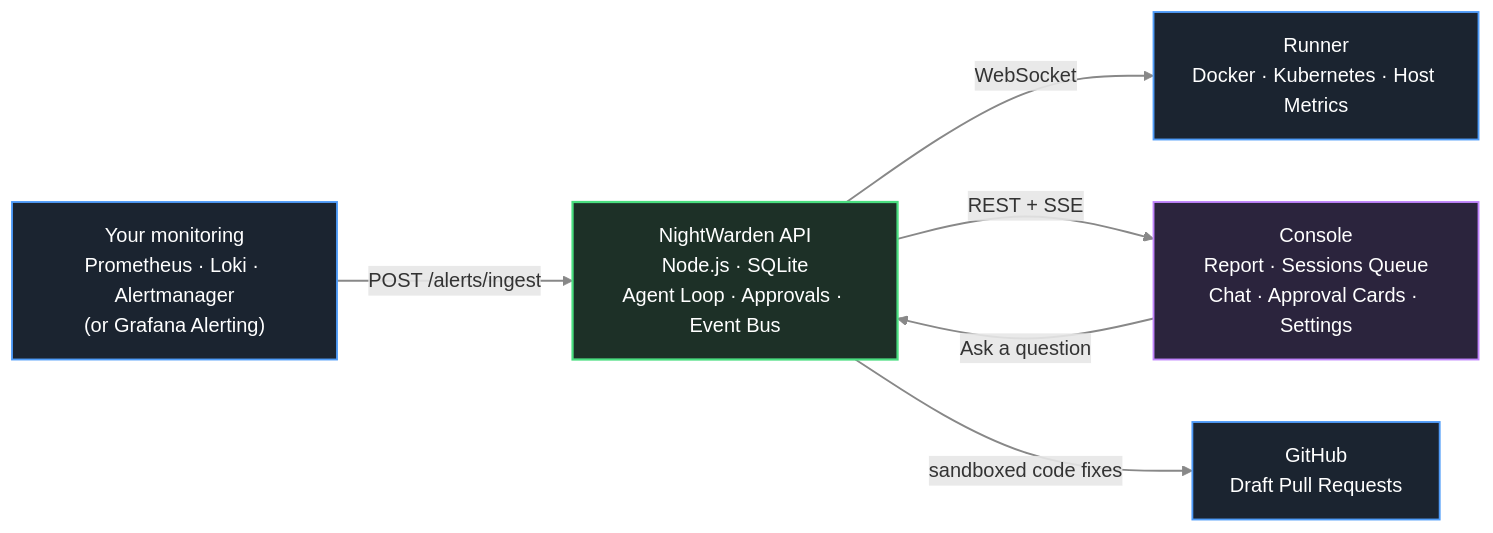
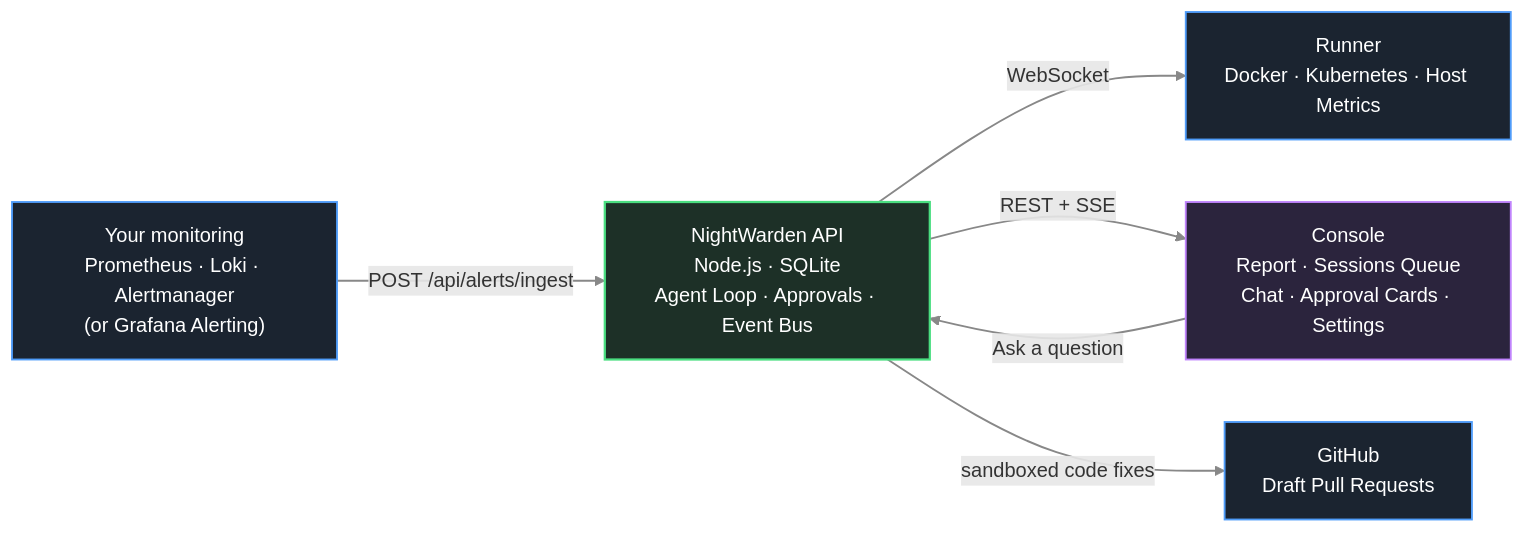
The diagram in README.md (Flux690/Nightwatch), drawn with Mermaid before and after one commit. The commit also changed other lines of this file and 1 other file, not shown here.

````diff
--- a/README.md
+++ b/README.md
@@ -20,32 +20,32 @@
 ```mermaid
 flowchart LR
 
 %% Infrastructure
 monitoring["Your monitoring<br/>Prometheus · Loki · Alertmanager<br/>(or Grafana Alerting)"]
 runner["Runner<br/>Docker · Kubernetes · Host Metrics"]
 
 %% Brain
 api["NightWarden API<br/>Node.js · SQLite<br/>Agent Loop · Approvals · Event Bus"]
 
 %% UI
 console["Console<br/>Report · Sessions Queue<br/>Chat · Approval Cards · Settings"]
 
 %% Code
 github["GitHub<br/>Draft Pull Requests"]
 
-monitoring -- POST /alerts/ingest --> api
+monitoring -- POST /api/alerts/ingest --> api
 console -- Ask a question --> api
 api -- WebSocket --> runner
 api -- REST + SSE --> console
 api -- sandboxed code fixes --> github
 
 classDef infra fill:#1b2430,stroke:#4f9cf9,color:#fff,stroke-width:1.5;
 classDef api fill:#1d3027,stroke:#4ade80,color:#fff,stroke-width:1.8;
 classDef ui fill:#2b243d,stroke:#c084fc,color:#fff,stroke-width:1.5;
 
 class monitoring,runner,github infra;
 class api api;
 class console ui;
 
 linkStyle default stroke:#888,stroke-width:1.5;
 ```
````
